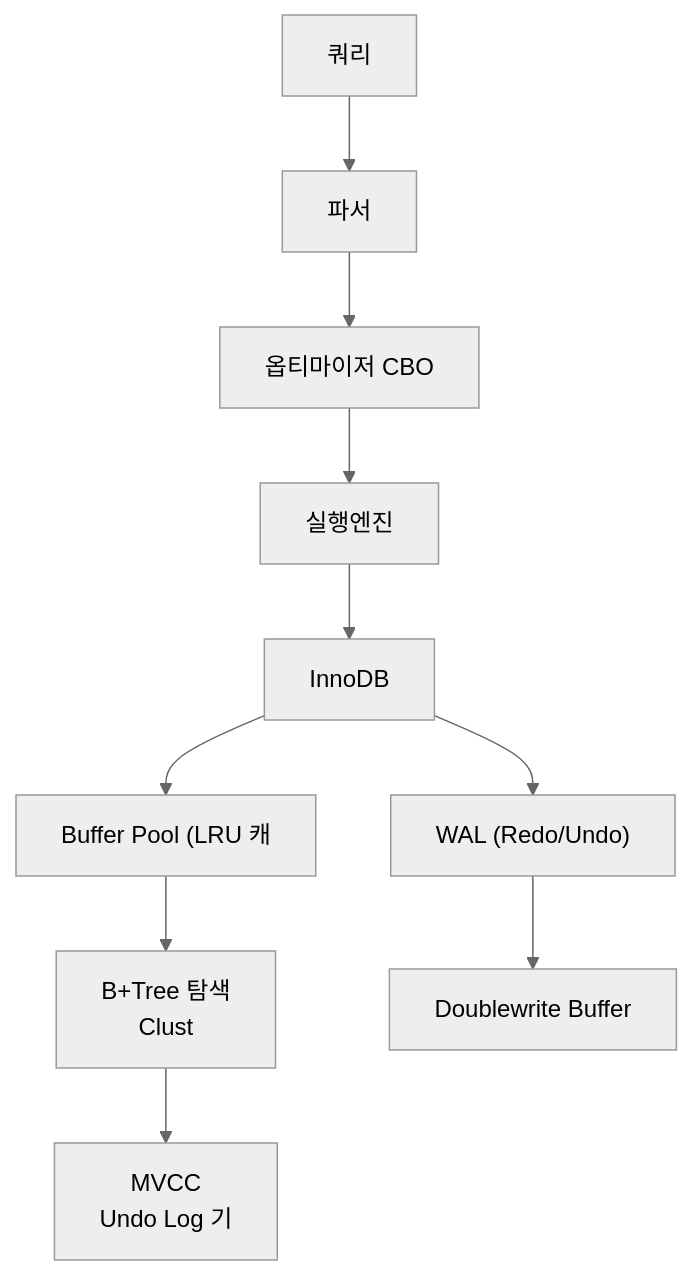
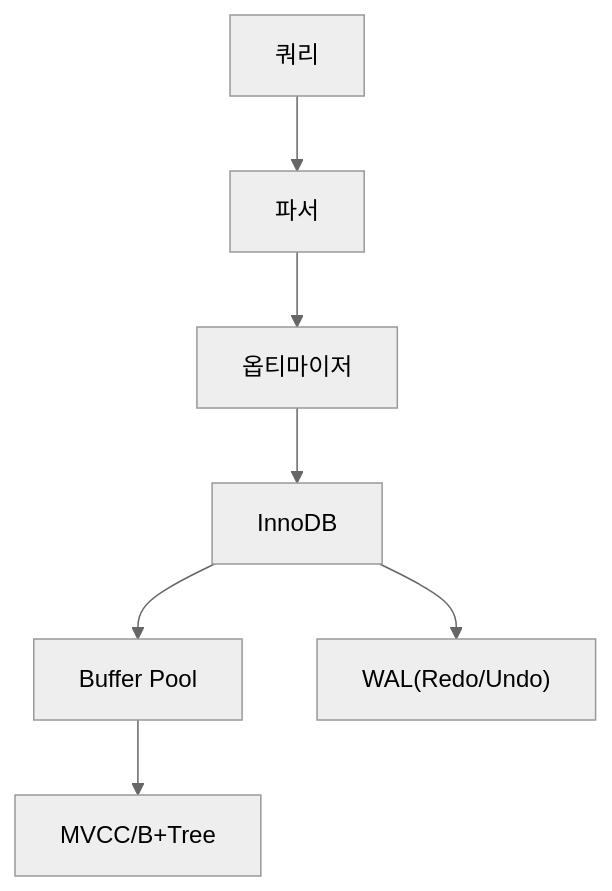
The tenth of 10 diagrams in _posts/db/2026-05-01-db-internals.md (yjkim2015/yjkim2015.github.io), drawn with Mermaid (neutral theme) before and after one commit. The commit also changed other lines of this file and 155 other files, not shown here.

First line of the commit message:
Mermaid 전면 수정: subgraph 제거, participant/노드/줄수 축소 (342블록)

````diff
--- a/_posts/db/2026-05-01-db-internals.md
+++ b/_posts/db/2026-05-01-db-internals.md
@@ -682,12 +668,9 @@
 ```mermaid
 graph TD
-    Q[쿼리] --> P[파서]
-    P --> O["옵티마이저 CBO"]
-    O --> E[실행엔진]
-    E --> I[InnoDB]
-    I --> BP["Buffer Pool (LRU 캐"]
-    I --> WAL["WAL (Redo/Undo)"]
-    BP --> BT["B+Tree 탐색<br>Clust"]
-    WAL --> DW[Doublewrite Buffer]
-    BT --> MVCC["MVCC<br>Undo Log 기"]
+    Q["쿼리"] --> P["파서"]
+    P --> O["옵티마이저"]
+    O --> I["InnoDB"]
+    I --> BP["Buffer Pool"]
+    I --> WAL["WAL(Redo/Undo)"]
+    BP --> MVCC["MVCC/B+Tree"]
 ```
````
